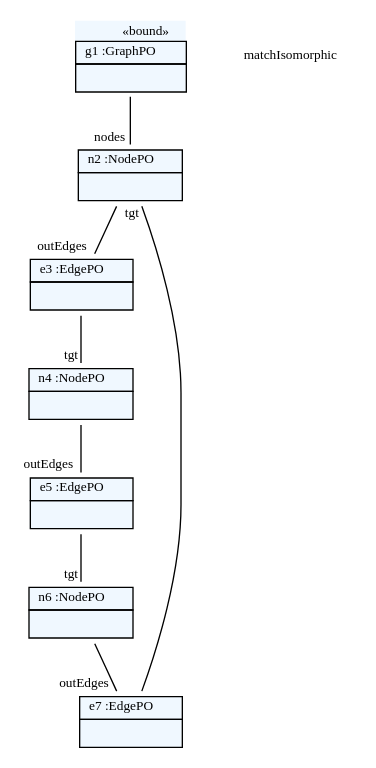
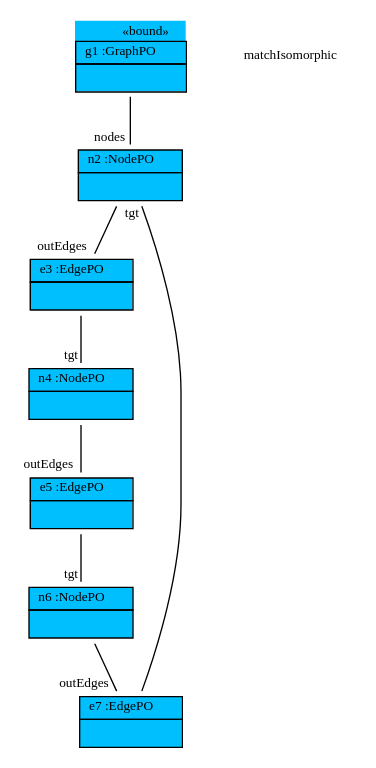
One commit to fujaba/SDMLib changed the diagram in doc/countCirclesOfThreeNodesPerPatternReportMatches.dot. Above: the diagram before and after it, drawn with Graphviz. The commit also changed 7 other files, not shown here.

Commit message:
Trace Debugging for Patterns. Many fixes for nested subpatterns. Icons in object diagram dumps.

```diff
--- a/doc/countCirclesOfThreeNodesPerPatternReportMatches.dot
+++ b/doc/countCirclesOfThreeNodesPerPatternReportMatches.dot
@@ -1,21 +1,21 @@
 graph ObjectDiagram {
    node [shape = none, fontsize = 10];
    edge [fontsize = 10];
 
-g1 [label=<<table border='0' cellborder='1' cellspacing='0' color='black' bgcolor='aliceblue'> <tr> <td border='0' align='right'><font color='black'>&laquo;bound&raquo;</font></td></tr> <tr> <td align='center'> <font color='black'> g1 :GraphPO </font></td></tr> <tr> <td align='left'> <table border='0' cellborder='0' cellspacing='0' color='black'> <tr> <td>  </td></tr></table></td></tr></table>>];
-n2 [label=<<table border='0' cellborder='1' cellspacing='0' color='black' bgcolor='aliceblue'>  <tr> <td align='center'> <font color='black'> n2 :NodePO </font></td></tr> <tr> <td align='left'> <table border='0' cellborder='0' cellspacing='0' color='black'> <tr> <td>  </td></tr></table></td></tr></table>>];
-e3 [label=<<table border='0' cellborder='1' cellspacing='0' color='black' bgcolor='aliceblue'>  <tr> <td align='center'> <font color='black'> e3 :EdgePO </font></td></tr> <tr> <td align='left'> <table border='0' cellborder='0' cellspacing='0' color='black'> <tr> <td>  </td></tr></table></td></tr></table>>];
-n4 [label=<<table border='0' cellborder='1' cellspacing='0' color='black' bgcolor='aliceblue'>  <tr> <td align='center'> <font color='black'> n4 :NodePO </font></td></tr> <tr> <td align='left'> <table border='0' cellborder='0' cellspacing='0' color='black'> <tr> <td>  </td></tr></table></td></tr></table>>];
-e5 [label=<<table border='0' cellborder='1' cellspacing='0' color='black' bgcolor='aliceblue'>  <tr> <td align='center'> <font color='black'> e5 :EdgePO </font></td></tr> <tr> <td align='left'> <table border='0' cellborder='0' cellspacing='0' color='black'> <tr> <td>  </td></tr></table></td></tr></table>>];
-n6 [label=<<table border='0' cellborder='1' cellspacing='0' color='black' bgcolor='aliceblue'>  <tr> <td align='center'> <font color='black'> n6 :NodePO </font></td></tr> <tr> <td align='left'> <table border='0' cellborder='0' cellspacing='0' color='black'> <tr> <td>  </td></tr></table></td></tr></table>>];
-e7 [label=<<table border='0' cellborder='1' cellspacing='0' color='black' bgcolor='aliceblue'>  <tr> <td align='center'> <font color='black'> e7 :EdgePO </font></td></tr> <tr> <td align='left'> <table border='0' cellborder='0' cellspacing='0' color='black'> <tr> <td>  </td></tr></table></td></tr></table>>];
+g1 [label=<<table border='0' cellborder='1' cellspacing='0' color='black' bgcolor='deepskyblue'> <tr> <td border='0' align='right'><font color='black'>&#171;bound&#187;</font></td></tr> <tr> <td align='center'> <font color='black'> g1 :GraphPO </font></td></tr> <tr> <td align='left'> <table border='0' cellborder='0' cellspacing='0' color='black'> <tr> <td>  </td></tr></table></td></tr></table>>];
+n2 [label=<<table border='0' cellborder='1' cellspacing='0' color='black' bgcolor='deepskyblue'>  <tr> <td align='center'> <font color='black'> n2 :NodePO </font></td></tr> <tr> <td align='left'> <table border='0' cellborder='0' cellspacing='0' color='black'> <tr> <td>  </td></tr></table></td></tr></table>>];
+e3 [label=<<table border='0' cellborder='1' cellspacing='0' color='black' bgcolor='deepskyblue'>  <tr> <td align='center'> <font color='black'> e3 :EdgePO </font></td></tr> <tr> <td align='left'> <table border='0' cellborder='0' cellspacing='0' color='black'> <tr> <td>  </td></tr></table></td></tr></table>>];
+n4 [label=<<table border='0' cellborder='1' cellspacing='0' color='black' bgcolor='deepskyblue'>  <tr> <td align='center'> <font color='black'> n4 :NodePO </font></td></tr> <tr> <td align='left'> <table border='0' cellborder='0' cellspacing='0' color='black'> <tr> <td>  </td></tr></table></td></tr></table>>];
+e5 [label=<<table border='0' cellborder='1' cellspacing='0' color='black' bgcolor='deepskyblue'>  <tr> <td align='center'> <font color='black'> e5 :EdgePO </font></td></tr> <tr> <td align='left'> <table border='0' cellborder='0' cellspacing='0' color='black'> <tr> <td>  </td></tr></table></td></tr></table>>];
+n6 [label=<<table border='0' cellborder='1' cellspacing='0' color='black' bgcolor='deepskyblue'>  <tr> <td align='center'> <font color='black'> n6 :NodePO </font></td></tr> <tr> <td align='left'> <table border='0' cellborder='0' cellspacing='0' color='black'> <tr> <td>  </td></tr></table></td></tr></table>>];
+e7 [label=<<table border='0' cellborder='1' cellspacing='0' color='black' bgcolor='deepskyblue'>  <tr> <td align='center'> <font color='black'> e7 :EdgePO </font></td></tr> <tr> <td align='left'> <table border='0' cellborder='0' cellspacing='0' color='black'> <tr> <td>  </td></tr></table></td></tr></table>>];
 matchIsomorphic;
 
 g1 -- n2 [headlabel = "nodes" taillabel = "" color="black" fontcolor="black"];
 n2 -- e3 [headlabel = "outEdges" taillabel = "" color="black" fontcolor="black"];
 e3 -- n4 [headlabel = "tgt" taillabel = "" color="black" fontcolor="black"];
 n4 -- e5 [headlabel = "outEdges" taillabel = "" color="black" fontcolor="black"];
 e5 -- n6 [headlabel = "tgt" taillabel = "" color="black" fontcolor="black"];
 n6 -- e7 [headlabel = "outEdges" taillabel = "" color="black" fontcolor="black"];
 e7 -- n2 [headlabel = "tgt" taillabel = "" color="black" fontcolor="black"];
 }
```
